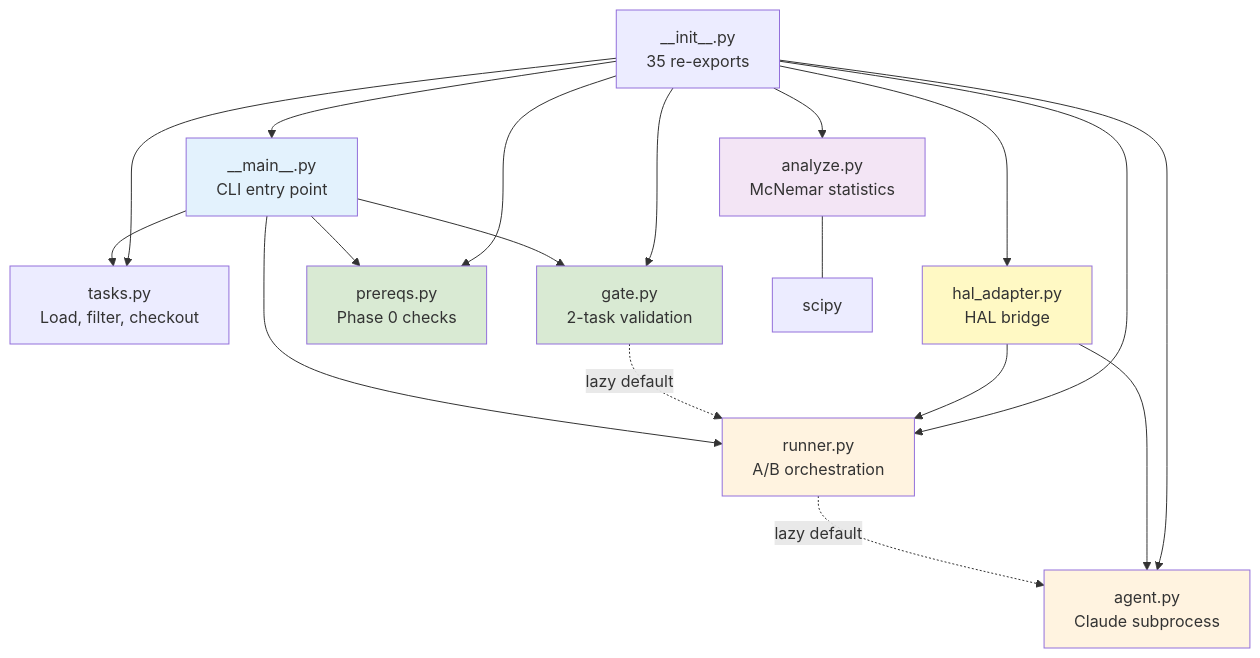
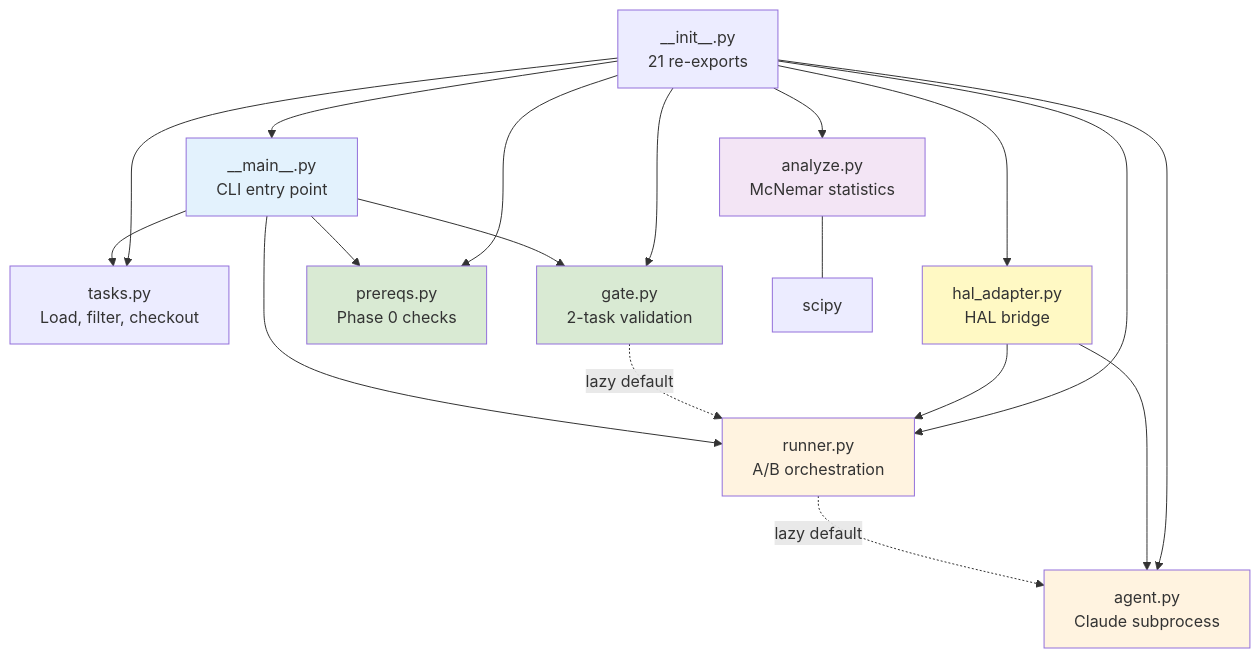
Before and after one commit to tglowaski/plankton: the first of 2 diagrams in docs/psf/02-benchmark-swebench.md, drawn with Mermaid. The commit also changed other lines of this file and 20 other files, not shown here.

````diff
--- a/docs/psf/02-benchmark-swebench.md
+++ b/docs/psf/02-benchmark-swebench.md
@@ -43,31 +43,31 @@
 ```mermaid
 graph TB
     CLI[__main__.py<br/>CLI entry point] --> T[tasks.py<br/>Load, filter, checkout]
     CLI --> G[gate.py<br/>2-task validation]
     CLI --> R[runner.py<br/>A/B orchestration]
     CLI --> P[prereqs.py<br/>Phase 0 checks]
 
     G -.->|lazy default| R
     R -.->|lazy default| A[agent.py<br/>Claude subprocess]
     HAL[hal_adapter.py<br/>HAL bridge] --> A
     HAL --> R
 
     AN[analyze.py<br/>McNemar statistics] --- SCIPY[scipy]
 
-    INIT[__init__.py<br/>35 re-exports] --> CLI
+    INIT[__init__.py<br/>21 re-exports] --> CLI
     INIT --> A
     INIT --> R
     INIT --> G
     INIT --> AN
     INIT --> T
     INIT --> P
     INIT --> HAL
 
     style CLI fill:#e3f2fd
     style A fill:#fff3e0
     style R fill:#fff3e0
     style G fill:#d9ead3
     style P fill:#d9ead3
     style AN fill:#f3e5f5
     style HAL fill:#fff9c4
 ```
````
